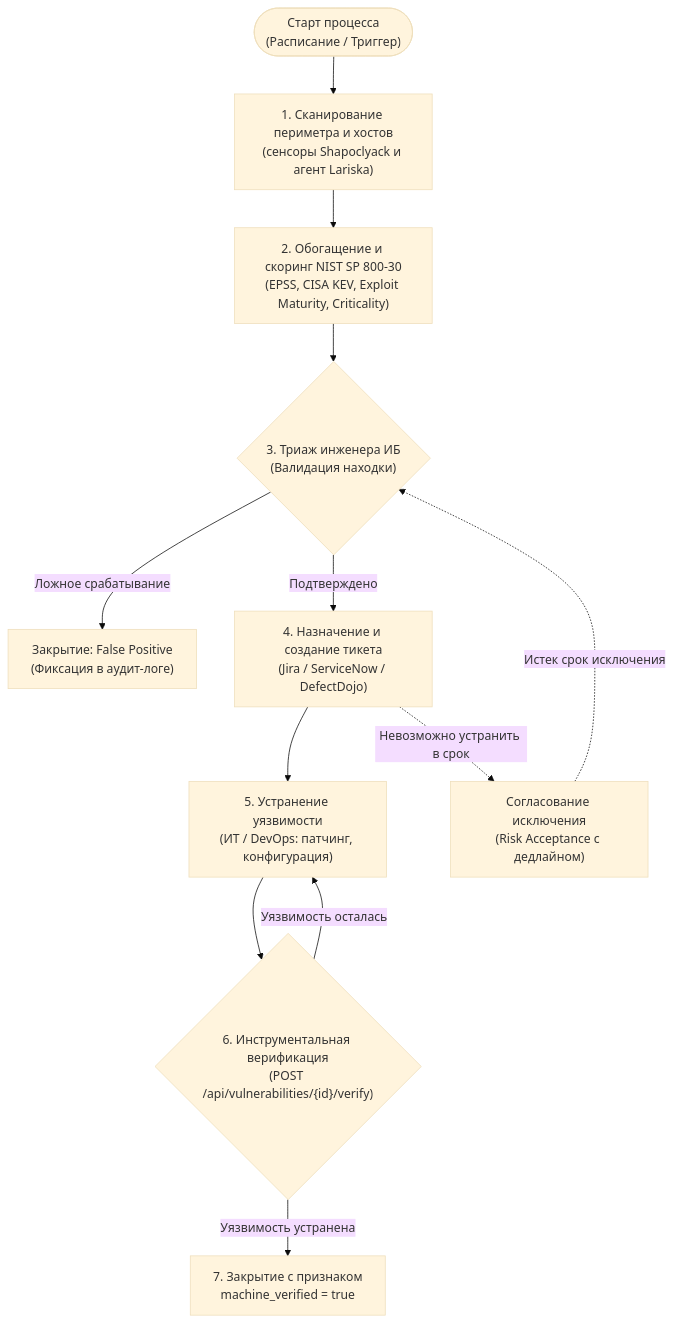
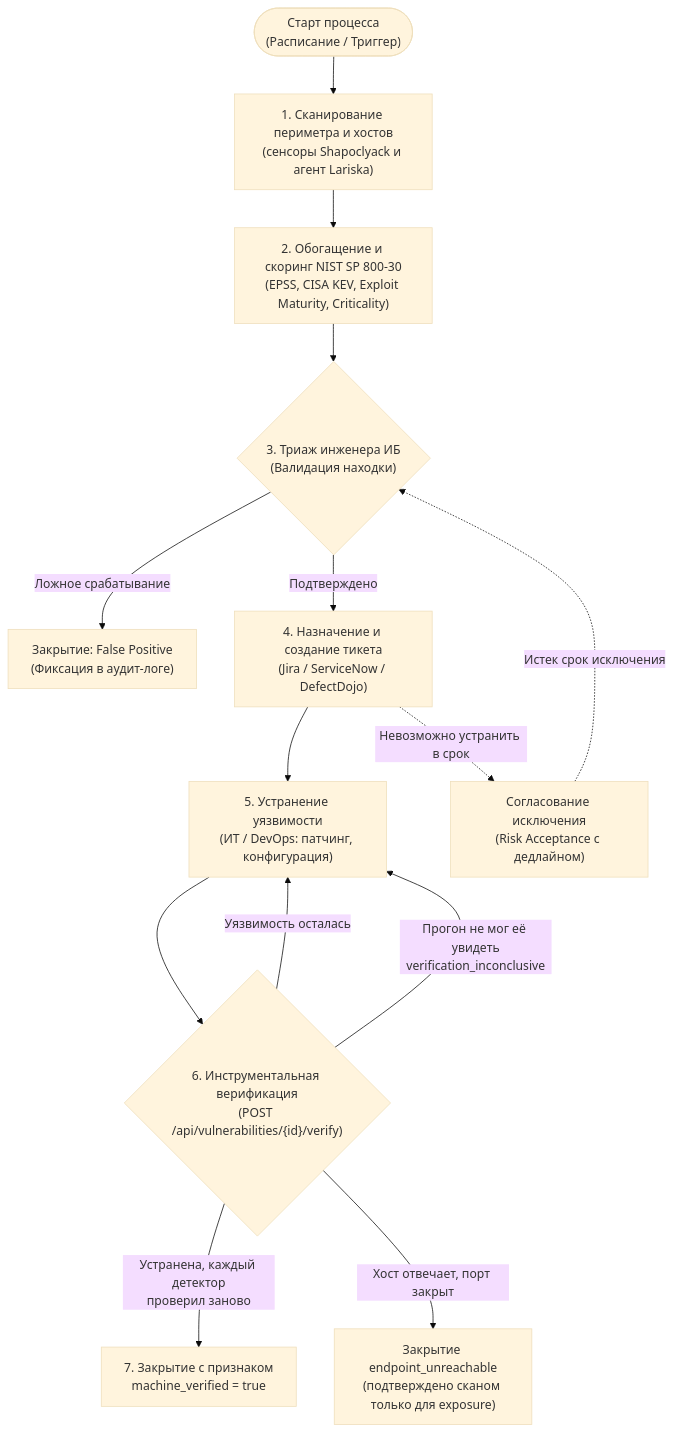
Before and after one commit to onixus/Shapoclyack: the first of 3 diagrams in docs/wiki/security-processes.md, drawn with Mermaid (base theme). The commit also changed 5 other files, not shown here.

````diff
--- a/docs/wiki/security-processes.md
+++ b/docs/wiki/security-processes.md
@@ -15,18 +15,20 @@
 ```mermaid
 flowchart TD
     Start(["Старт процесса<br/>(Расписание / Триггер)"]) --> Scan["1. Сканирование периметра и хостов<br/>(сенсоры Shapoclyack и агент Lariska)"]
     Scan --> Enrich["2. Обогащение и скоринг NIST SP 800-30<br/>(EPSS, CISA KEV, Exploit Maturity, Criticality)"]
     Enrich --> Triage{"3. Триаж инженера ИБ<br/>(Валидация находки)"}
     
     Triage -->|Ложное срабатывание| FP["Закрытие: False Positive<br/>(Фиксация в аудит-логе)"]
     Triage -->|Подтверждено| Ticket["4. Назначение и создание тикета<br/>(Jira / ServiceNow / DefectDojo)"]
     
     Ticket --> Fix["5. Устранение уязвимости<br/>(ИТ / DevOps: патчинг, конфигурация)"]
     Fix --> Verify{"6. Инструментальная верификация<br/>(POST /api/vulnerabilities/{id}/verify)"}
     
     Verify -->|Уязвимость осталась| Fix
-    Verify -->|Уязвимость устранена| Close["7. Закрытие с признаком<br/>machine_verified = true"]
+    Verify -->|Прогон не мог её увидеть<br/>verification_inconclusive| Fix
+    Verify -->|Устранена, каждый детектор<br/>проверил заново| Close["7. Закрытие с признаком<br/>machine_verified = true"]
+    Verify -->|Хост отвечает, порт закрыт| Unreach["Закрытие endpoint_unreachable<br/>(подтверждено сканом только для exposure)"]
     
     Ticket -.->|Невозможно устранить в срок| Except["Согласование исключения<br/>(Risk Acceptance с дедлайном)"]
     Except -.->|Истек срок исключения| Triage
 ```
````
